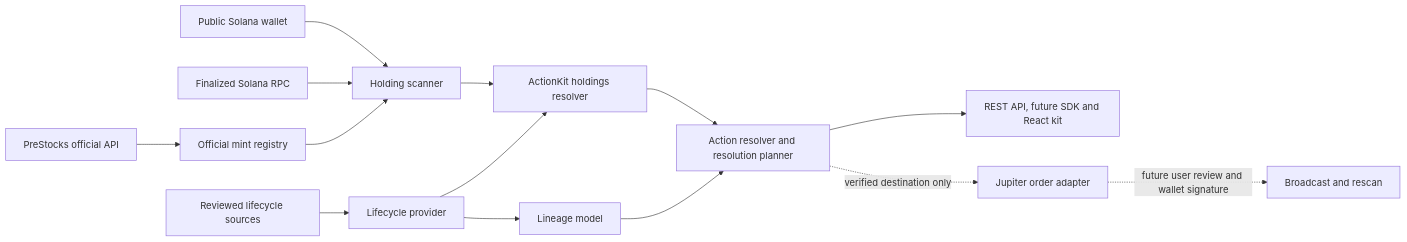
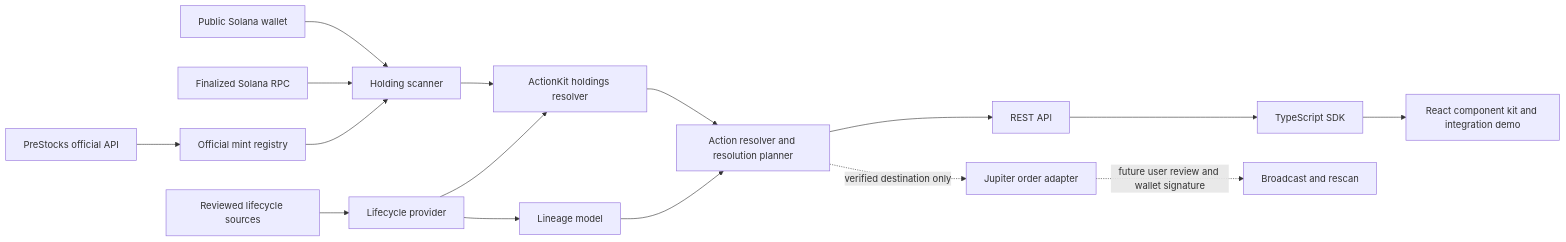
The diagram in README.md (abhigyan1102/PreStocks), drawn with Mermaid before and after one commit. The commit also changed other lines of this file, not shown here.

Commit message:
docs: document ActionKit integration surfaces

````diff
--- a/README.md
+++ b/README.md
@@ -64,16 +108,18 @@
 ```mermaid
 flowchart LR
   A[PreStocks official API] --> B[Official mint registry]
   C[Reviewed lifecycle sources] --> D[Lifecycle provider]
   D --> E[Lineage model]
   F[Public Solana wallet] --> G[Holding scanner]
   H[Finalized Solana RPC] --> G
   B --> G
   G --> I[ActionKit holdings resolver]
   D --> I
   I --> J[Action resolver and resolution planner]
   E --> J
-  J --> K[REST API, future SDK and React kit]
+  J --> K[REST API]
+  K --> N[TypeScript SDK]
+  N --> O[React component kit and integration demo]
   J -. verified destination only .-> L[Jupiter order adapter]
   L -. future user review and wallet signature .-> M[Broadcast and rescan]
 ```
````
